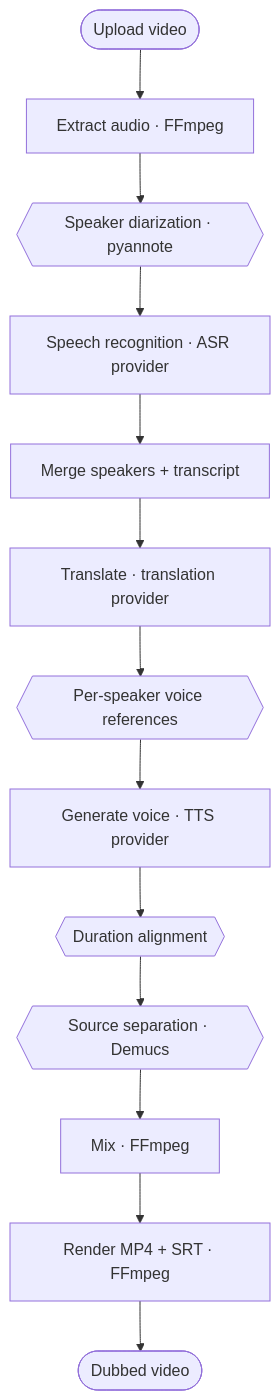
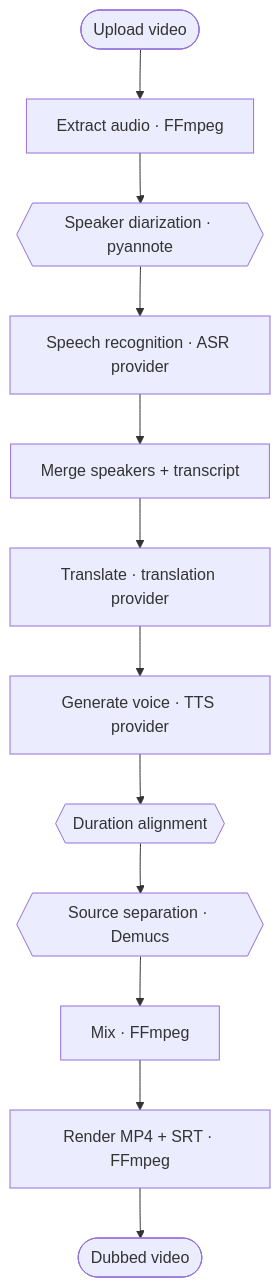
The diagram in README.md (huynhphatloi/MultilingualVideoDubbingSystem), drawn with Mermaid before and after one commit. The commit also changed other lines of this file and 22 other files, not shown here.

First line of the commit message:
feat: add multi-voice support for TTS synthesis

````diff
--- a/README.md
+++ b/README.md
@@ -41,15 +39,14 @@
 ```mermaid
 flowchart TD
     U([Upload video]) --> EX[Extract audio · FFmpeg]
     EX --> DI{{Speaker diarization · pyannote}}
     DI --> AR[Speech recognition · ASR provider]
     AR --> MG[Merge speakers + transcript]
     MG --> TR[Translate · translation provider]
-    TR --> VR{{Per-speaker voice references}}
-    VR --> SY[Generate voice · TTS provider]
+    TR --> SY[Generate voice · TTS provider]
     SY --> AL{{Duration alignment}}
     AL --> SP{{Source separation · Demucs}}
     SP --> MX[Mix · FFmpeg]
     MX --> RD[Render MP4 + SRT · FFmpeg]
     RD --> OUT([Dubbed video])
 ```
````
